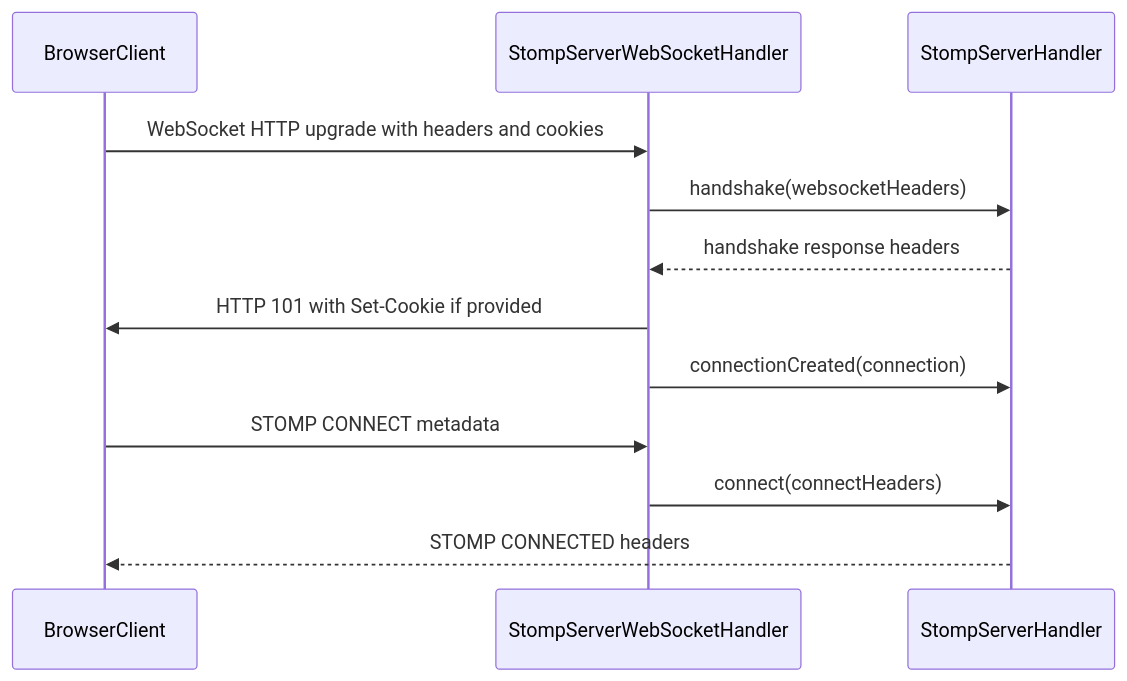
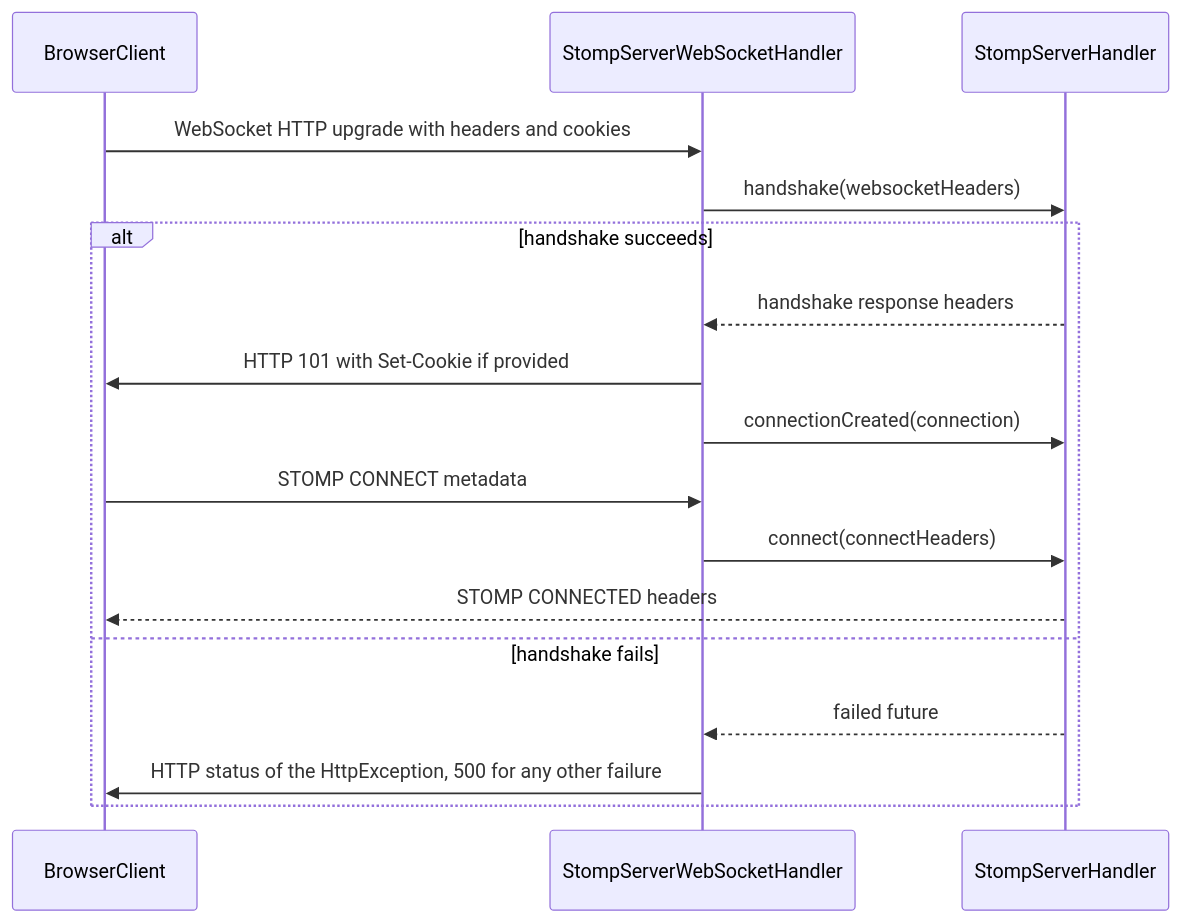
One commit to kinotic-ai/vertx-stomp-lite changed the first of 2 diagrams in README.md. Above: the diagram before and after it, drawn with Mermaid. The commit also changed other lines of this file and 5 other files, not shown here.

First line of the commit message:
Answer a failed handshake with the status of its HttpException, 500 for any other failure, and release 6.2.0 (#11)

````diff
--- a/README.md
+++ b/README.md
@@ -9,15 +11,20 @@
 ```mermaid
 sequenceDiagram
     participant browserClient as BrowserClient
     participant wsHandler as StompServerWebSocketHandler
     participant stompHandler as StompServerHandler
 
     browserClient->>wsHandler: WebSocket HTTP upgrade with headers and cookies
     wsHandler->>stompHandler: handshake(websocketHeaders)
-    stompHandler-->>wsHandler: handshake response headers
-    wsHandler->>browserClient: HTTP 101 with Set-Cookie if provided
-    wsHandler->>stompHandler: connectionCreated(connection)
-    browserClient->>wsHandler: STOMP CONNECT metadata
-    wsHandler->>stompHandler: connect(connectHeaders)
-    stompHandler-->>browserClient: STOMP CONNECTED headers
+    alt handshake succeeds
+        stompHandler-->>wsHandler: handshake response headers
+        wsHandler->>browserClient: HTTP 101 with Set-Cookie if provided
+        wsHandler->>stompHandler: connectionCreated(connection)
+        browserClient->>wsHandler: STOMP CONNECT metadata
+        wsHandler->>stompHandler: connect(connectHeaders)
+        stompHandler-->>browserClient: STOMP CONNECTED headers
+    else handshake fails
+        stompHandler-->>wsHandler: failed future
+        wsHandler->>browserClient: HTTP status of the HttpException, 500 for any other failure
+    end
 ```
````
